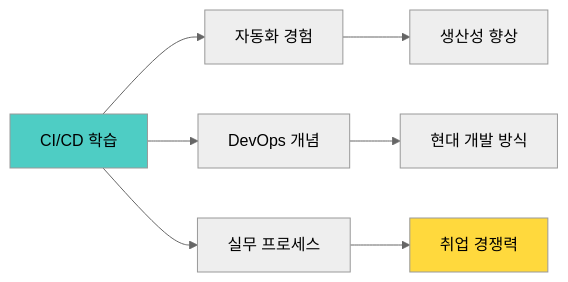
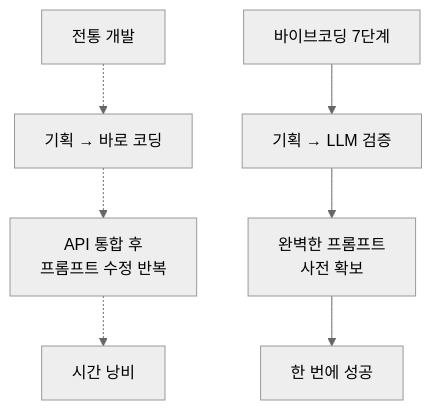
Diagram 11 of 14 in Docs/주제/5단계-AI가상환경_실전체험_교육가이드.md (Collegenie-X/AI-Vive-Coding), drawn with Mermaid (neutral theme) before and after one commit. The commit also changed other lines of this file and 2 other files, not shown here.

````diff
--- a/Docs/주제/5단계-AI가상환경_실전체험_교육가이드.md
+++ b/Docs/주제/5단계-AI가상환경_실전체험_교육가이드.md
@@ -1423,13 +1858,11 @@
 ```mermaid
-graph LR
-    A[CI/CD 학습] --> B[자동화 경험]
-    A --> C[DevOps 개념]
-    A --> D[실무 프로세스]
+graph TB
+    A[전통 개발] -.-> B[기획 → 바로 코딩]
+    B -.-> C[API 통합 후<br/>프롬프트 수정 반복]
+    C -.-> D[시간 낭비]
     
-    B --> E[생산성 향상]
-    C --> F[현대 개발 방식]
-    D --> G[취업 경쟁력]
+    E[바이브코딩 7단계] --> F[기획 → LLM 검증]
+    F --> G[완벽한 프롬프트<br/>사전 확보]
+    G --> H[한 번에 성공]
     
-    style A fill:#4ECDC4
-    style G fill:#FFD93D
 ```
````
